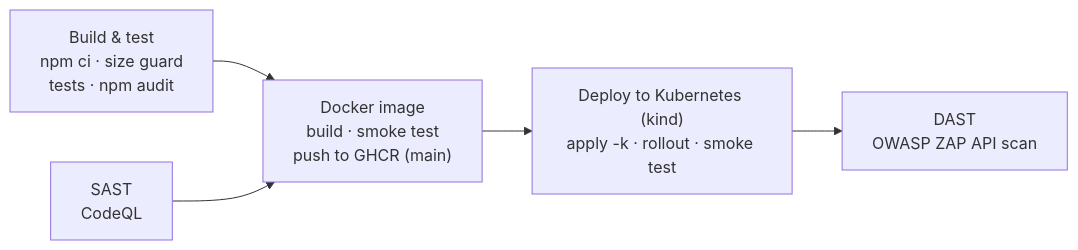
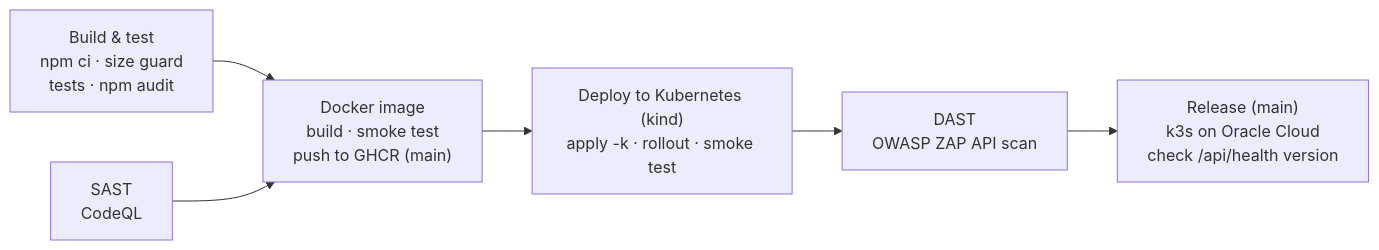
One commit to Mahmoud35amri/spendly-devops changed the second of 2 diagrams in README.md. Above: the diagram before and after it, drawn with Mermaid. The commit also changed other lines of this file and 21 other files, not shown here.

First line of the commit message:
feat: release to k3s on Oracle Cloud at spendly.mahmoudamri.me (#26)

````diff
--- a/README.md
+++ b/README.md
@@ -273,7 +287,8 @@
 ```mermaid
 flowchart LR
   T["Build & test<br/>npm ci · size guard<br/>tests · npm audit"] --> I
   S["SAST<br/>CodeQL"] --> I
   I["Docker image<br/>build · smoke test<br/>push to GHCR (main)"] --> D
   D["Deploy to Kubernetes (kind)<br/>apply -k · rollout · smoke test"] --> Z["DAST<br/>OWASP ZAP API scan"]
+  Z --> R["Release (main)<br/>k3s on Oracle Cloud<br/>check /api/health version"]
 ```
````
